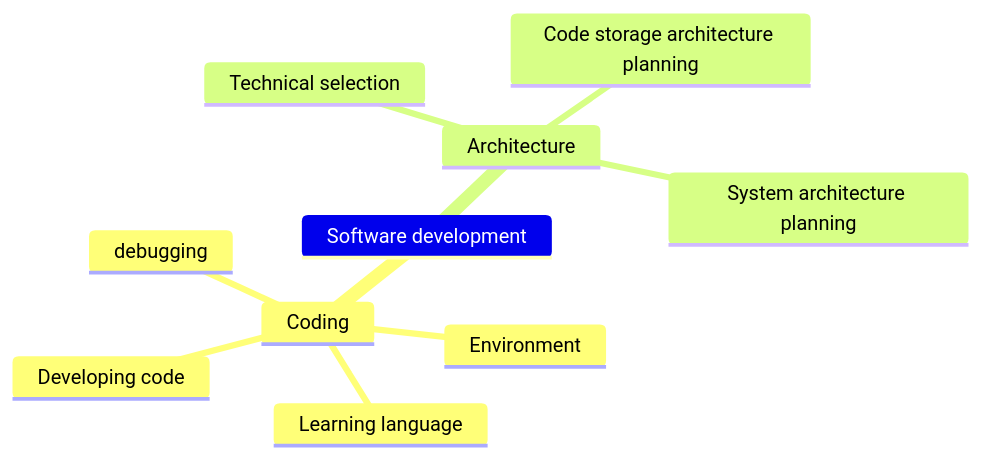
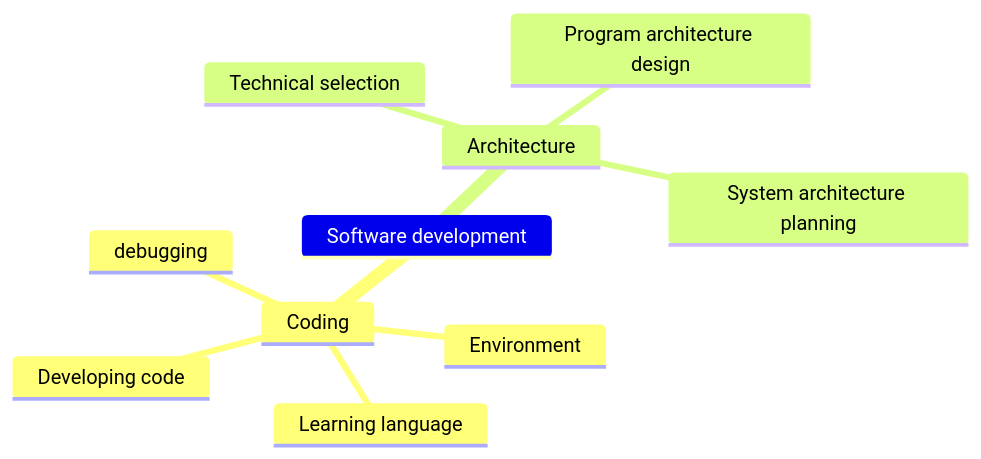
Before and after one commit to learninfun/learn-with-ai: the diagram in contentOri/english/Learn with AI/Coding with AI.md, drawn with Mermaid. The commit also changed other lines of this file, not shown here.

````diff
--- a/contentOri/english/Learn with AI/Coding with AI.md
+++ b/contentOri/english/Learn with AI/Coding with AI.md
@@ -9,13 +9,13 @@
 ```mermaid
 mindmap
   Software development
     Coding
       Environment
       Learning language
       Developing code
       debugging
     Architecture
       Technical selection
-      Code storage architecture planning
+      Program architecture design
       System architecture planning
 ```
````
